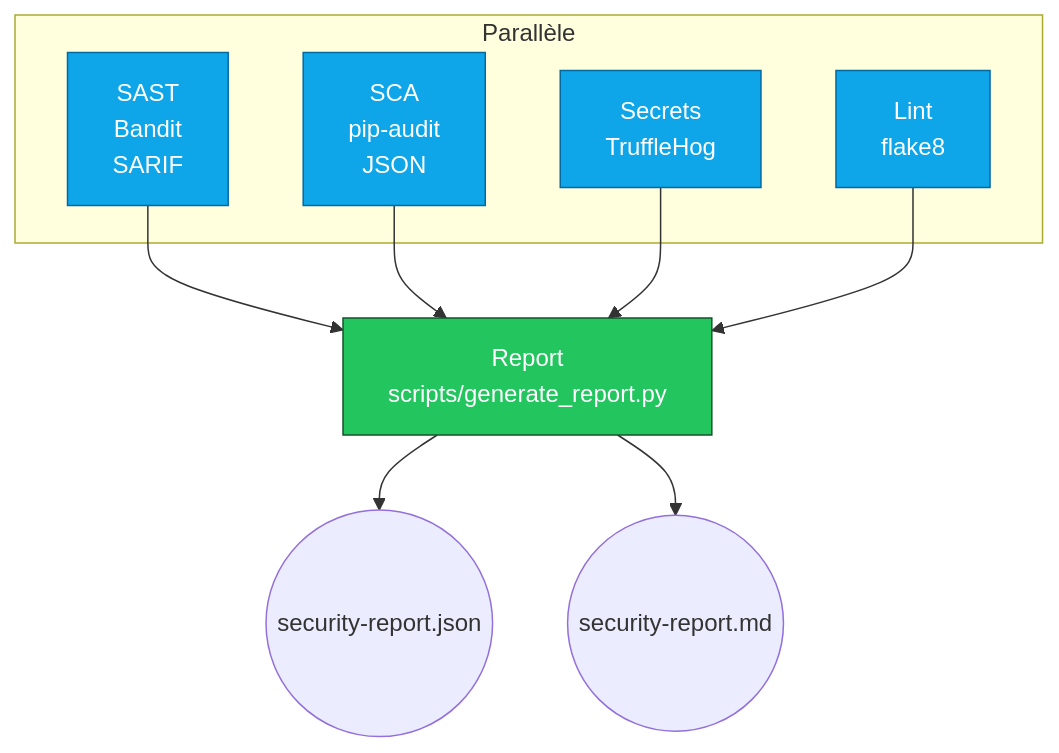
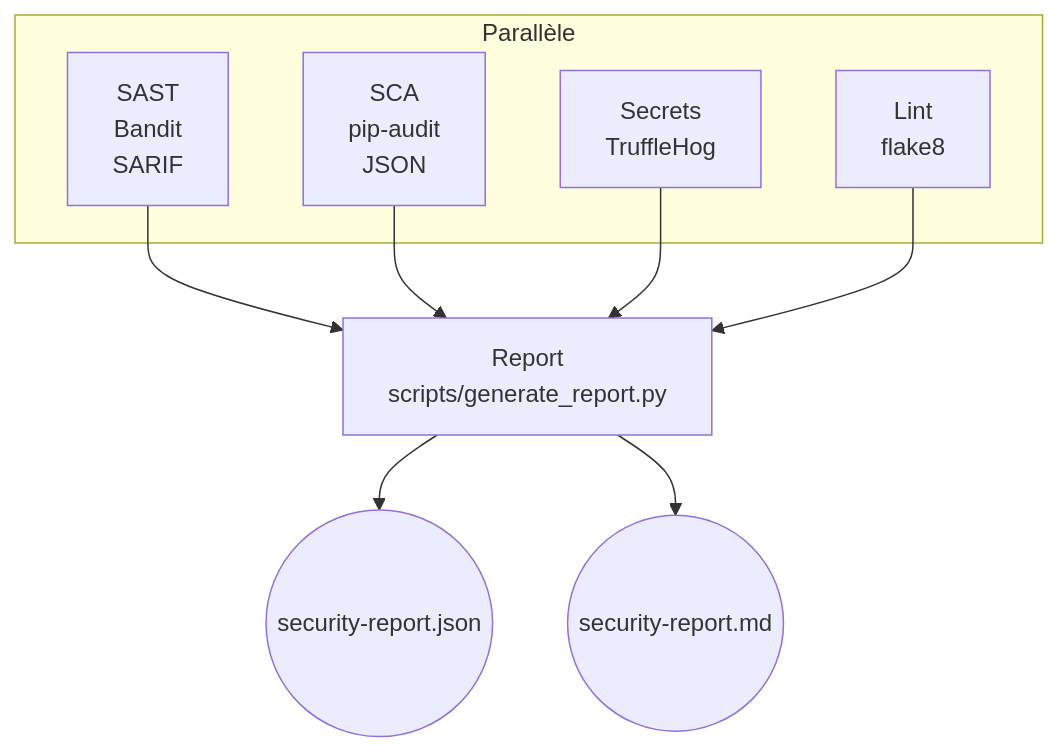
Before and after one commit to braad0/DevSecOps-pipeline-secure: the first of 3 diagrams in README.md, drawn with Mermaid. The commit also changed other lines of this file, not shown here.

````diff
--- a/README.md
+++ b/README.md
@@ -72,17 +72,15 @@
 ```mermaid
 graph TB
     subgraph Parallèle
-        B1[SAST<br/>Bandit<br/>SARIF]:::job
-        B2[SCA<br/>pip-audit<br/>JSON]:::job
-        B3[Secrets<br/>TruffleHog]:::job
-        B4[Lint<br/>flake8]:::job
+        B1[SAST<br/>Bandit<br/>SARIF]
+        B2[SCA<br/>pip-audit<br/>JSON]
+        B3[Secrets<br/>TruffleHog]
+        B4[Lint<br/>flake8]
     end
-    B1 --> R[Report<br/>scripts/generate_report.py]:::report
+    B1 --> R[Report<br/>scripts/generate_report.py]
     B2 --> R
     B3 --> R
     B4 --> R
     R --> A1((security-report.json))
     R --> A2((security-report.md))
-    classDef job fill:#0ea5e9,stroke:#0369a1,color:#fff,stroke-width:1px;
-    classDef report fill:#22c55e,stroke:#14532d,color:#fff,stroke-width:1px;
 ```
````
